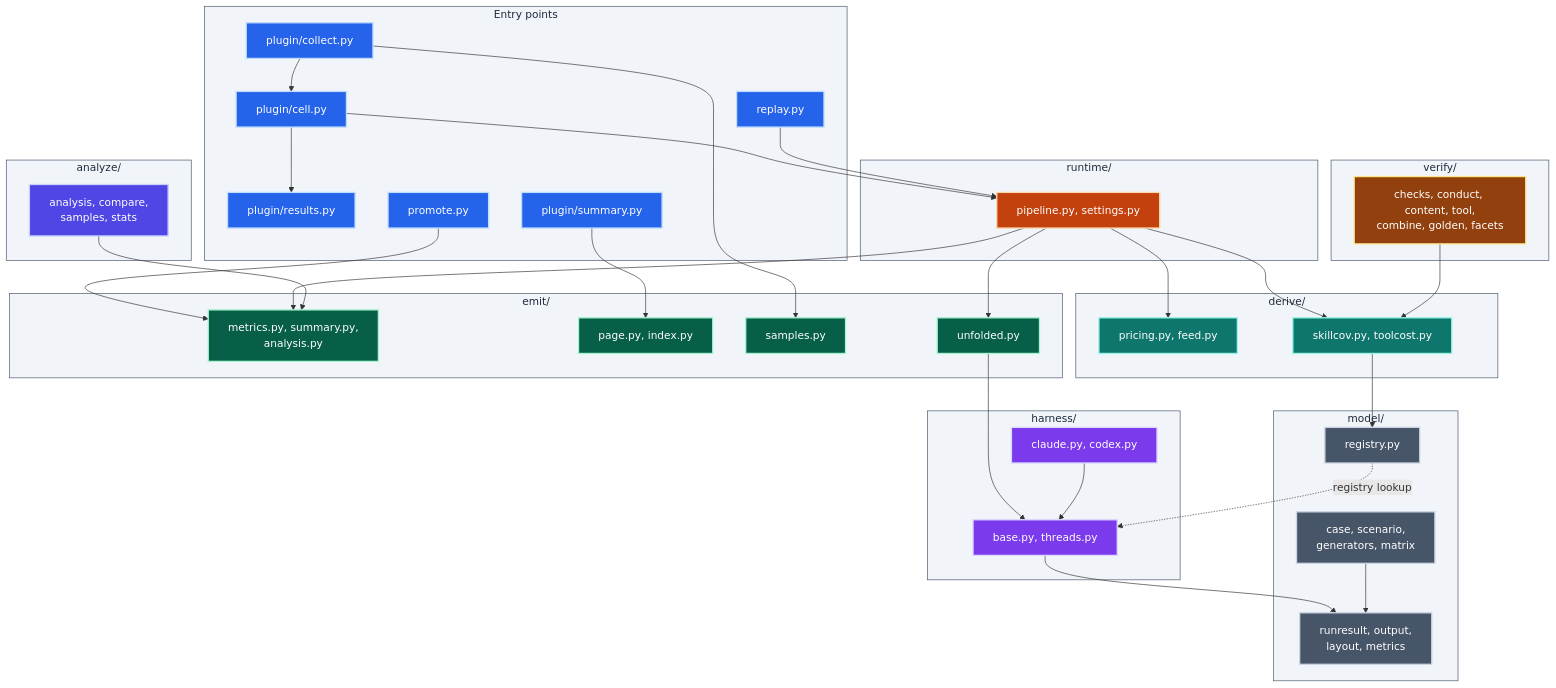
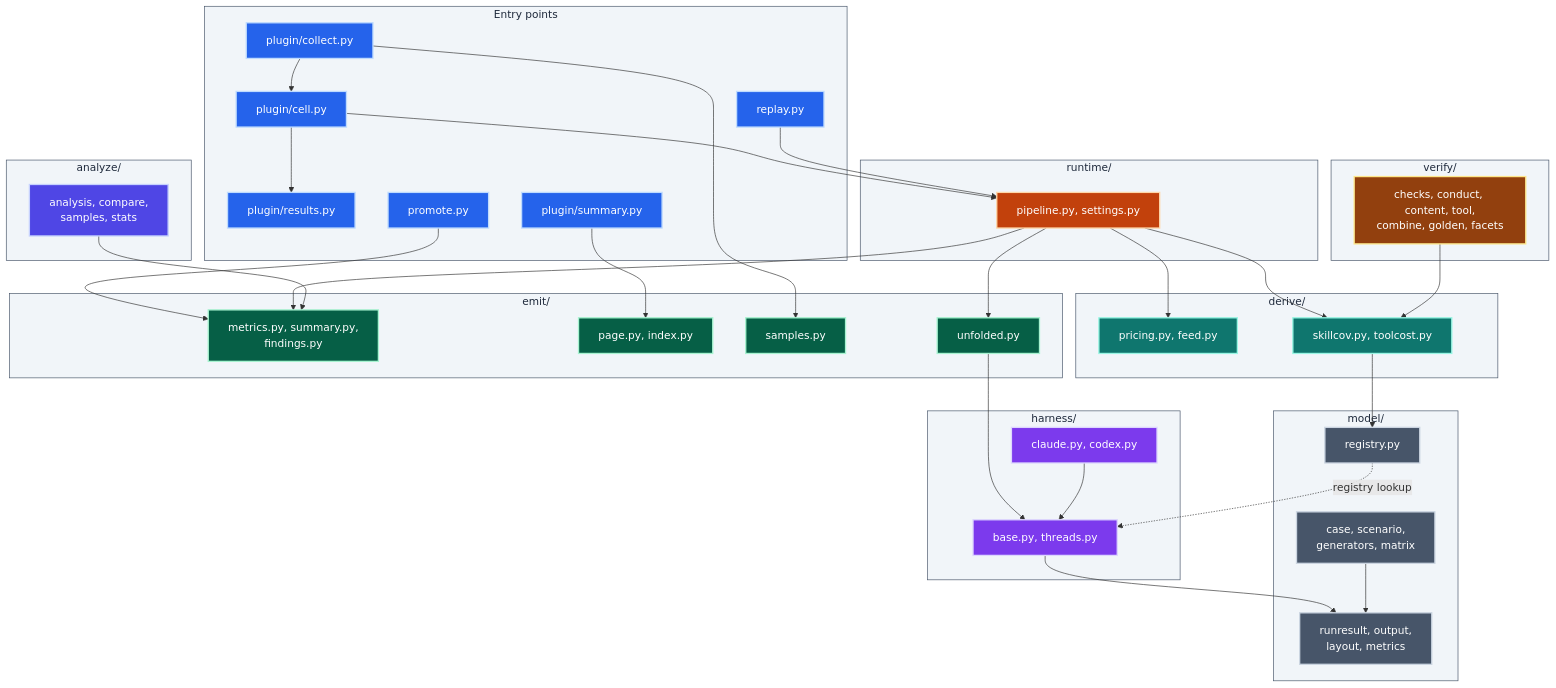
The fourth of 39 diagrams in ARCHITECTURE.md (neozenith/pytest-xharness-eval), drawn with Mermaid before and after one commit. The commit also changed other lines of this file and 32 other files, not shown here.

````diff
--- a/ARCHITECTURE.md
+++ b/ARCHITECTURE.md
@@ -255,73 +255,73 @@
 ```mermaid
 flowchart TB
     subgraph ENTRY["Entry points"]
         P_COL["plugin/collect.py"]
         P_CELL["plugin/cell.py"]
         P_RES["plugin/results.py"]
         P_SUM["plugin/summary.py"]
         P_REP["replay.py"]
         P_PRO["promote.py"]
     end
     subgraph RUNTIME["runtime/"]
         R_PIPE["pipeline.py, settings.py"]
     end
     subgraph ANALYZE["analyze/"]
         A_AN["analysis, compare,<br/>samples, stats"]
     end
     subgraph EMIT["emit/"]
-        E_MET["metrics.py, summary.py,<br/>analysis.py"]
+        E_MET["metrics.py, summary.py,<br/>findings.py"]
         E_PAGE["page.py, index.py"]
         E_SAM["samples.py"]
         E_UNF["unfolded.py"]
     end
     subgraph VERIFY["verify/"]
         V_CHK["checks, conduct, content, tool,<br/>combine, golden, facets"]
     end
     subgraph DERIVE["derive/"]
         D_PRI["pricing.py, feed.py"]
         D_COV["skillcov.py, toolcost.py"]
     end
     subgraph HARNESS["harness/"]
         H_BASE["base.py, threads.py"]
         H_CLI["claude.py, codex.py"]
     end
     subgraph MODEL["model/"]
         M_CASE["case, scenario,<br/>generators, matrix"]
         M_RUN["runresult, output,<br/>layout, metrics"]
         M_REG["registry.py"]
     end
 
     P_COL --> P_CELL --> R_PIPE
     P_CELL --> P_RES
     P_COL --> E_SAM
     P_SUM --> E_PAGE
     P_REP --> R_PIPE
     P_PRO --> E_MET
     R_PIPE --> D_PRI & D_COV & E_MET & E_UNF
     A_AN --> E_MET
     E_UNF --> H_BASE
     V_CHK --> D_COV
     D_COV --> M_REG
     H_CLI --> H_BASE --> M_RUN
     M_REG -.->|registry lookup| H_BASE
     M_CASE --> M_RUN
 
     classDef entry fill:#2563eb,stroke:#bfdbfe,color:#fff,stroke-width:2px
     classDef domain fill:#475569,stroke:#cbd5e1,color:#fff,stroke-width:2px
     classDef adapter fill:#7c3aed,stroke:#ddd6fe,color:#fff,stroke-width:2px
     classDef derive fill:#0f766e,stroke:#99f6e4,color:#fff,stroke-width:2px
     classDef verify fill:#92400e,stroke:#fde68a,color:#fff,stroke-width:2px
     classDef emit fill:#065f46,stroke:#a7f3d0,color:#fff,stroke-width:2px
     classDef analyze fill:#4f46e5,stroke:#c7d2fe,color:#fff,stroke-width:2px
     classDef runtime fill:#c2410c,stroke:#fed7aa,color:#fff,stroke-width:2px
     classDef sg fill:#f1f5f9,stroke:#475569,color:#1e293b
     class P_COL,P_CELL,P_RES,P_SUM,P_REP,P_PRO entry
     class R_PIPE runtime
     class A_AN analyze
     class E_MET,E_PAGE,E_SAM,E_UNF emit
     class V_CHK verify
     class D_PRI,D_COV derive
     class H_BASE,H_CLI adapter
     class M_CASE,M_RUN,M_REG domain
     class ENTRY,RUNTIME,ANALYZE,EMIT,VERIFY,DERIVE,HARNESS,MODEL sg
 ```
````
